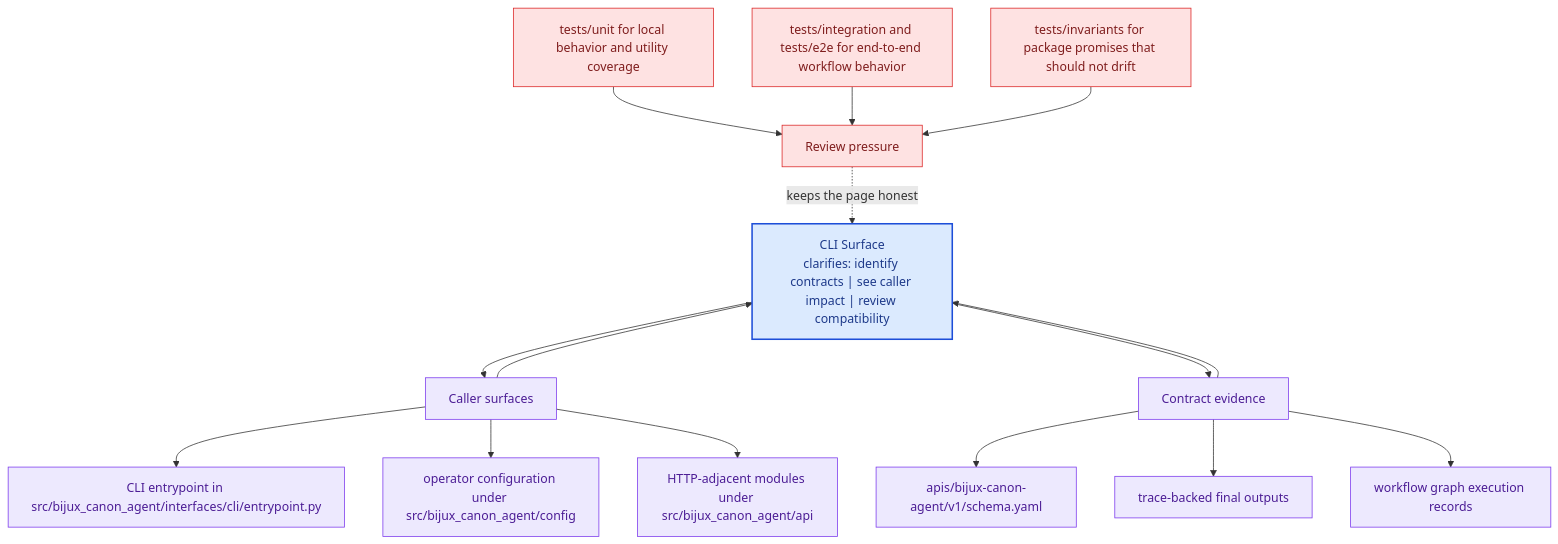
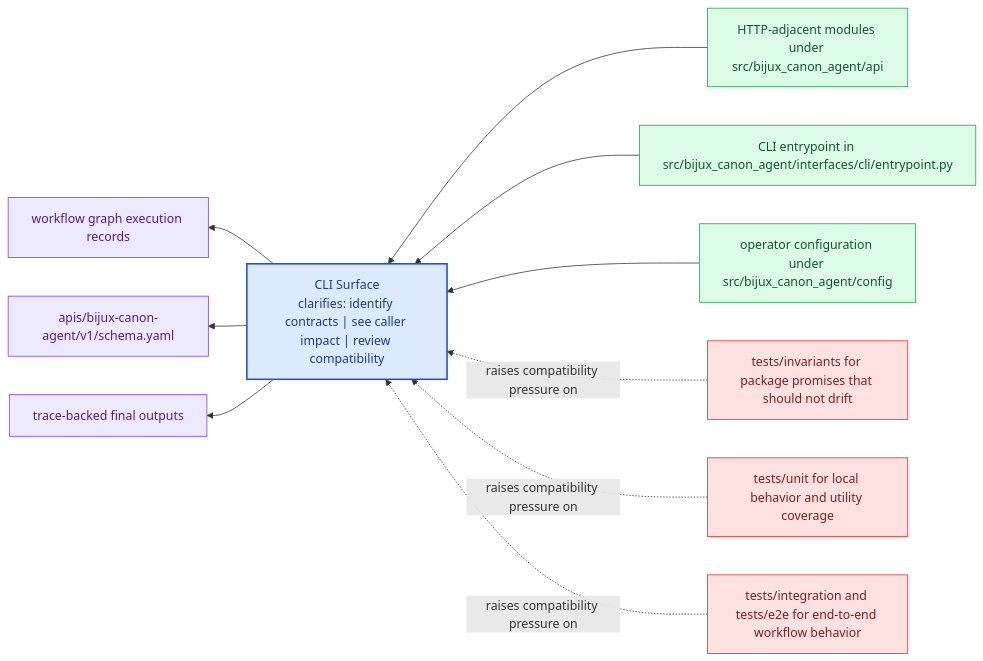
The diagram in docs/bijux-canon-agent/interfaces/cli-surface.md (bijux/bijux-canon), drawn with Mermaid before and after one commit. The commit also changed other lines of this file and 281 other files, not shown here.

Commit message:
docs(diagrams): replace repeated mermaid scaffolds with page-specific summaries

````diff
--- a/docs/bijux-canon-agent/interfaces/cli-surface.md
+++ b/docs/bijux-canon-agent/interfaces/cli-surface.md
@@ -69,41 +24,31 @@
 ```mermaid
-flowchart TB
-    promise["CLI Surface<br/>clarifies: identify contracts | see caller impact | review compatibility"]
-    classDef promise fill:#dbeafe,stroke:#1d4ed8,color:#1e3a8a,stroke-width:2px;
-    classDef driver fill:#dcfce7,stroke:#16a34a,color:#14532d;
-    classDef constraint fill:#fee2e2,stroke:#dc2626,color:#7f1d1d;
-    classDef ground fill:#ede9fe,stroke:#7c3aed,color:#4c1d95;
-    focus1["Caller surfaces"]
-    focus1 --> promise
-    promise --> focus1
-    focus1_1["CLI entrypoint in src/bijux_canon_agent/interfaces/cli/entrypoint.py"]
-    focus1 --> focus1_1
-    focus1_2["operator configuration under src/bijux_canon_agent/config"]
-    focus1 --> focus1_2
-    focus1_3["HTTP-adjacent modules under src/bijux_canon_agent/api"]
-    focus1 --> focus1_3
-    class focus1 ground;
-    class focus1_1,focus1_2,focus1_3 ground;
-    focus2["Contract evidence"]
-    focus2 --> promise
-    promise --> focus2
-    focus2_1["apis/bijux-canon-agent/v1/schema.yaml"]
-    focus2 --> focus2_1
-    focus2_2["trace-backed final outputs"]
-    focus2 --> focus2_2
-    focus2_3["workflow graph execution records"]
-    focus2 --> focus2_3
-    class focus2 ground;
-    class focus2_1,focus2_2,focus2_3 ground;
-    focus3["Review pressure"]
-    focus3 -.keeps the page honest.-> promise
-    focus3_1["tests/unit for local behavior and utility coverage"]
-    focus3_1 --> focus3
-    focus3_2["tests/integration and tests/e2e for end-to-end workflow behavior"]
-    focus3_2 --> focus3
-    focus3_3["tests/invariants for package promises that should not drift"]
-    focus3_3 --> focus3
-    class focus3 constraint;
-    class focus3_1,focus3_2,focus3_3 constraint;
-    class promise promise;
+flowchart RL
+    page["CLI Surface<br/>clarifies: identify contracts | see caller impact | review compatibility"]
+    classDef page fill:#dbeafe,stroke:#1d4ed8,color:#1e3a8a,stroke-width:2px;
+    classDef positive fill:#dcfce7,stroke:#16a34a,color:#14532d;
+    classDef caution fill:#fee2e2,stroke:#dc2626,color:#7f1d1d;
+    classDef anchor fill:#ede9fe,stroke:#7c3aed,color:#4c1d95;
+    classDef action fill:#fef3c7,stroke:#d97706,color:#7c2d12;
+    surface1["HTTP-adjacent modules under src/bijux_canon_agent/api"]
+    surface1 --> page
+    surface2["CLI entrypoint in src/bijux_canon_agent/interfaces/cli/entrypoint.py"]
+    surface2 --> page
+    surface3["operator configuration under src/bijux_canon_agent/config"]
+    surface3 --> page
+    proof1["workflow graph execution records"]
+    page --> proof1
+    proof2["apis/bijux-canon-agent/v1/schema.yaml"]
+    page --> proof2
+    proof3["trace-backed final outputs"]
+    page --> proof3
+    review1["tests/invariants for package promises that should not drift"]
+    review1 -.raises compatibility pressure on.-> page
+    review2["tests/unit for local behavior and utility coverage"]
+    review2 -.raises compatibility pressure on.-> page
+    review3["tests/integration and tests/e2e for end-to-end workflow behavior"]
+    review3 -.raises compatibility pressure on.-> page
+    class page page;
+    class surface1,surface2,surface3 positive;
+    class proof1,proof2,proof3 anchor;
+    class review1,review2,review3 caution;
 ```
````
